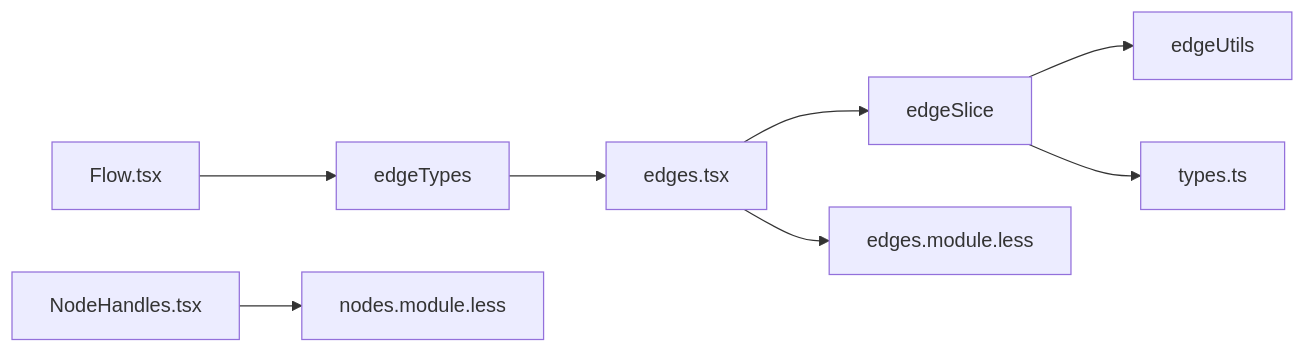
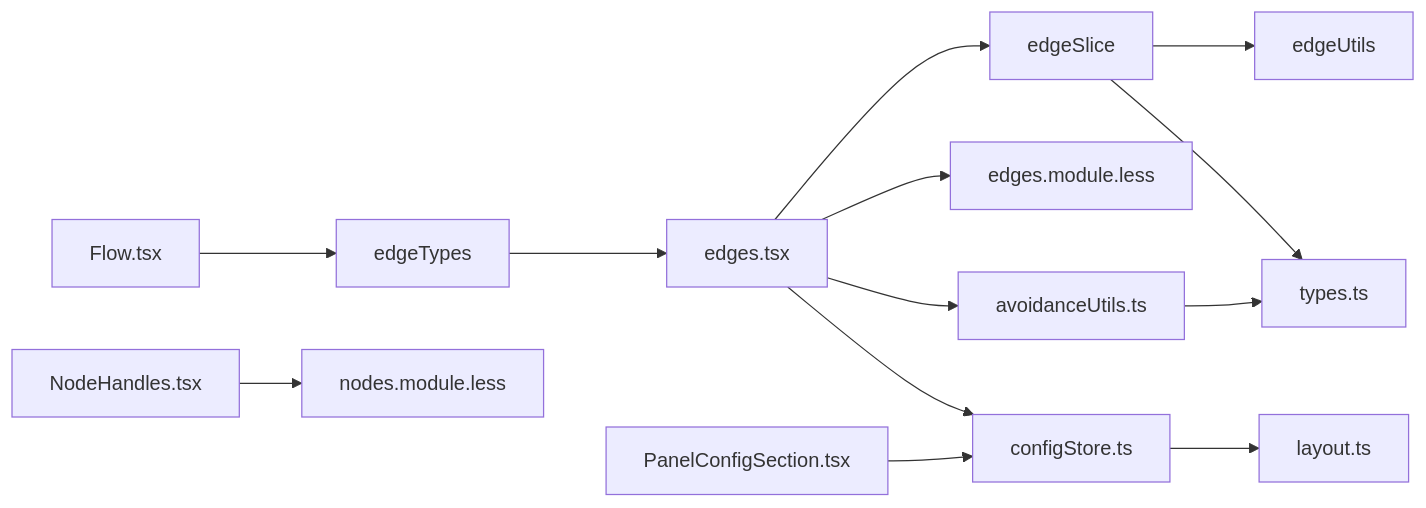
The sixth of 6 diagrams in .qoder/repowiki/zh/content/工作流编辑器/连接系统.md (kqcoxn/MaaPipelineEditor), drawn with Mermaid before and after one commit. The commit also changed other lines of this file and 51 other files, not shown here.

````diff
--- a/.qoder/repowiki/zh/content/工作流编辑器/连接系统.md
+++ b/.qoder/repowiki/zh/content/工作流编辑器/连接系统.md
@@ -321,10 +432,15 @@
 ```mermaid
 graph LR
 Flow["Flow.tsx"] --> EdgeTypes["edgeTypes"]
 EdgeTypes --> MarkedEdge["edges.tsx"]
 MarkedEdge --> edgeSlice
 MarkedEdge --> edgesModule["edges.module.less"]
+MarkedEdge --> configStore["configStore.ts"]
+MarkedEdge --> avoidanceUtils["avoidanceUtils.ts"]
 NodeHandles["NodeHandles.tsx"] --> nodesModule["nodes.module.less"]
 edgeSlice --> edgeUtils
 edgeSlice --> types["types.ts"]
+PanelConfigSection["PanelConfigSection.tsx"] --> configStore
+configStore --> layout["layout.ts"]
+avoidanceUtils --> types
 ```
````
